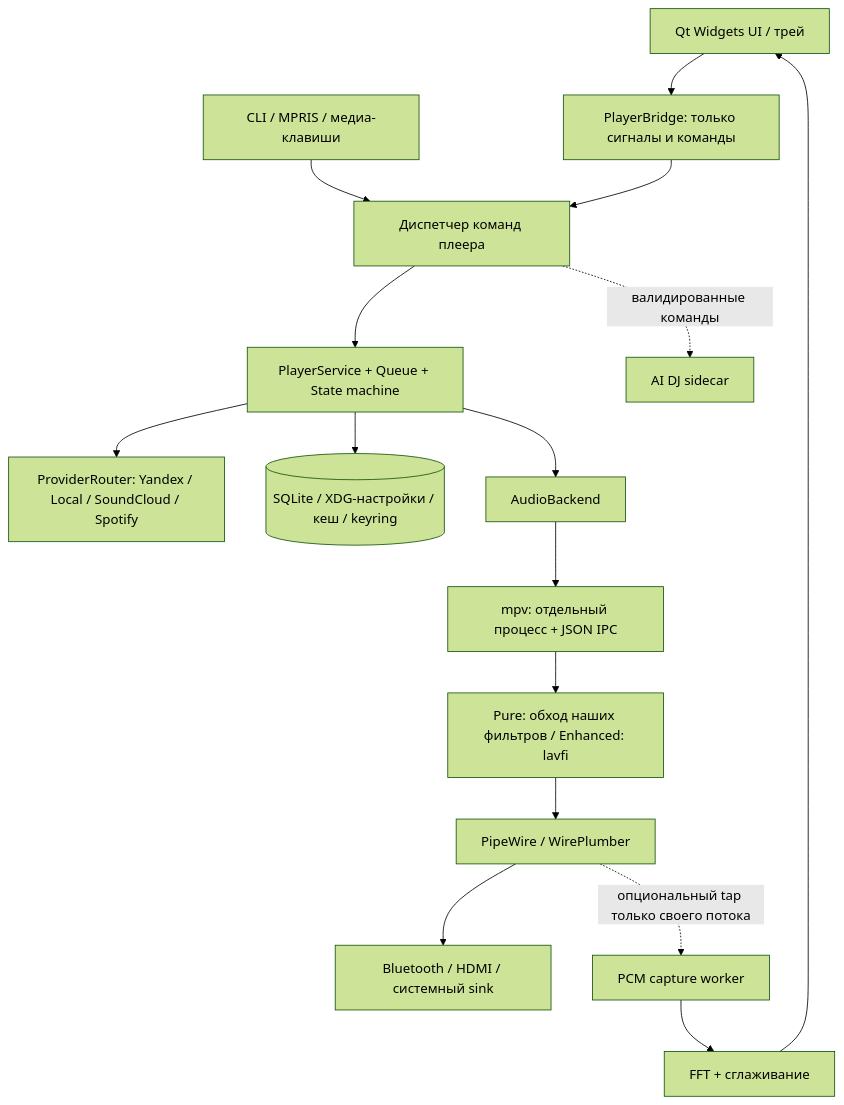
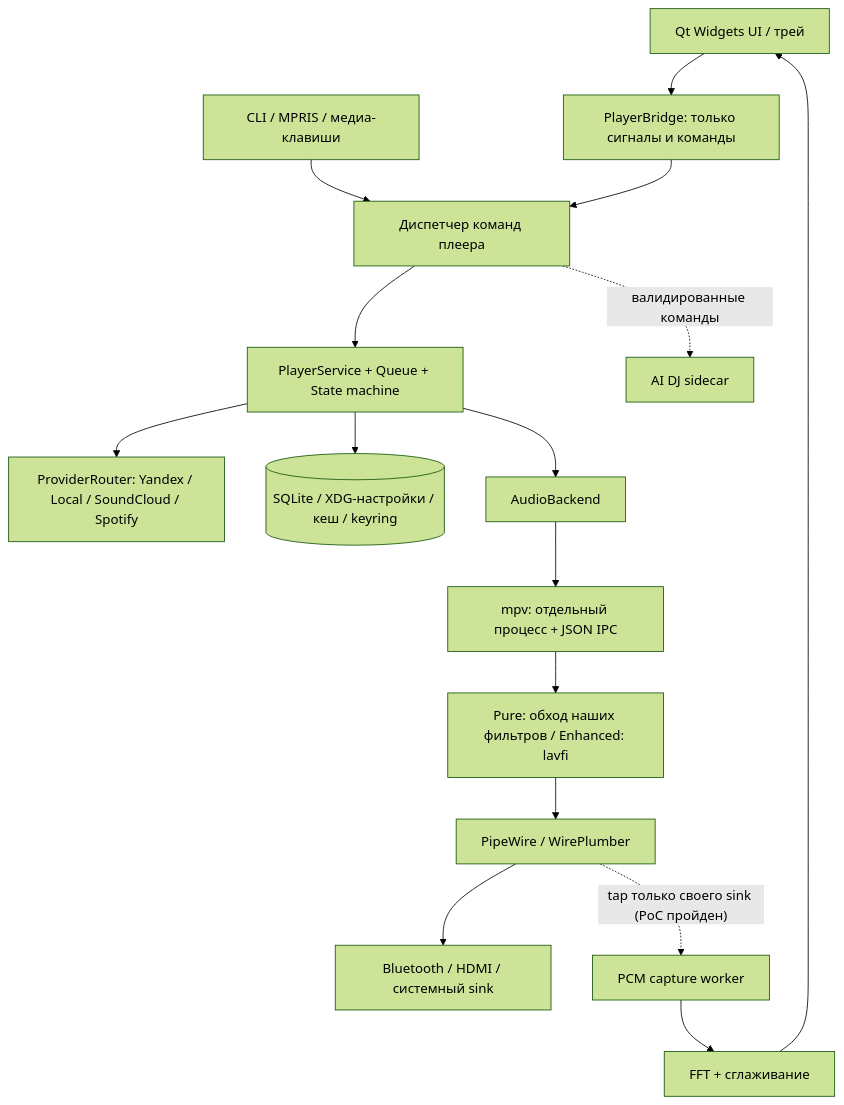
One commit to IIaJIaDuH/NeuroWave changed the diagram in docs/ARCHITECTURE.md. Above: the diagram before and after it, drawn with Mermaid (forest theme). The commit also changed 6 other files, not shown here.

First line of the commit message:
PoC PCM-tap: захват только своего потока, gate пройден (PR-06)

````diff
--- a/docs/ARCHITECTURE.md
+++ b/docs/ARCHITECTURE.md
@@ -7,18 +7,18 @@
 ```mermaid
 flowchart TB
   UI[Qt Widgets UI / трей] --> BR[PlayerBridge: только сигналы и команды]
   CLI[CLI / MPRIS / медиа-клавиши] --> DISP[Диспетчер команд плеера]
   BR --> DISP
   DISP --> CORE[PlayerService + Queue + State machine]
   CORE --> PROV[ProviderRouter: Yandex / Local / SoundCloud / Spotify]
   CORE --> DATA[(SQLite / XDG-настройки / кеш / keyring)]
   CORE --> AB[AudioBackend]
   AB --> MPV[mpv: отдельный процесс + JSON IPC]
   MPV --> DSP[Pure: обход наших фильтров / Enhanced: lavfi]
   DSP --> PW[PipeWire / WirePlumber]
   PW --> OUT[Bluetooth / HDMI / системный sink]
-  PW -. опциональный tap только своего потока .-> TAP[PCM capture worker]
+  PW -. tap только своего sink (PoC пройден) .-> TAP[PCM capture worker]
   TAP --> FFT[FFT + сглаживание]
   FFT --> UI
   DISP -. валидированные команды .-> AI[AI DJ sidecar]
 ```
````
